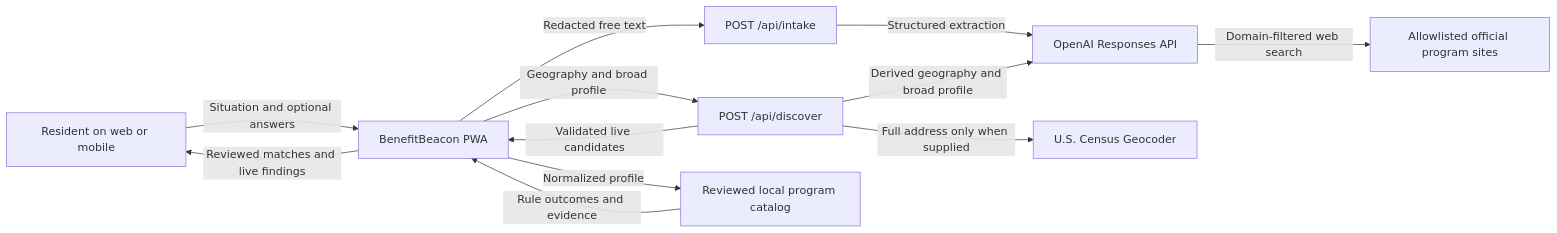
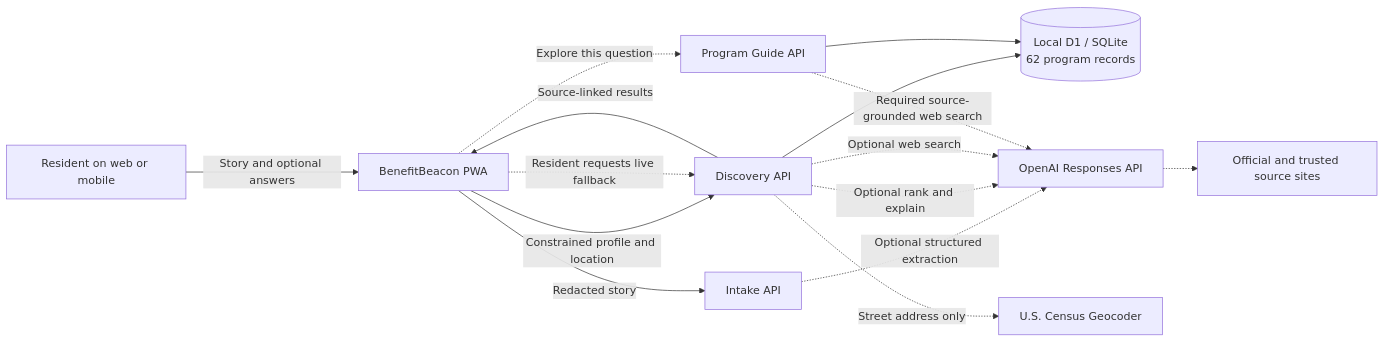
One commit to arjunsurendra/BenefitBeacon changed the first of 8 diagrams in ARCHITECTURE_AND_TECHNICAL_DESIGN.md. Above: the diagram before and after it, drawn with Mermaid. The commit also changed other lines of this file and 110 other files, not shown here.

````diff
--- a/ARCHITECTURE_AND_TECHNICAL_DESIGN.md
+++ b/ARCHITECTURE_AND_TECHNICAL_DESIGN.md
@@ -19,23 +22,27 @@
 ```mermaid
 flowchart LR
     Resident["Resident on web or mobile"]
     App["BenefitBeacon PWA"]
-    IntakeAPI["POST /api/intake"]
-    DiscoveryAPI["POST /api/discover"]
+    Intake["Intake API"]
+    Discover["Discovery API"]
+    Guide["Program Guide API"]
+    DB[("Local D1 / SQLite\n62 program records")]
     OpenAI["OpenAI Responses API"]
     Census["U.S. Census Geocoder"]
-    Sources["Allowlisted official program sites"]
-    Catalog["Reviewed local program catalog"]
+    Sources["Official and trusted source sites"]
 
-    Resident -->|"Situation and optional answers"| App
-    App -->|"Redacted free text"| IntakeAPI
-    IntakeAPI -->|"Structured extraction"| OpenAI
-    App -->|"Normalized profile"| Catalog
-    App -->|"Geography and broad profile"| DiscoveryAPI
-    DiscoveryAPI -->|"Full address only when supplied"| Census
-    DiscoveryAPI -->|"Derived geography and broad profile"| OpenAI
-    OpenAI -->|"Domain-filtered web search"| Sources
-    Catalog -->|"Rule outcomes and evidence"| App
-    DiscoveryAPI -->|"Validated live candidates"| App
-    App -->|"Reviewed matches and live findings"| Resident
+    Resident -->|"Story and optional answers"| App
+    App -->|"Redacted story"| Intake
+    Intake -. "Optional structured extraction" .-> OpenAI
+    App -->|"Constrained profile and location"| Discover
+    Discover --> DB
+    Discover -. "Optional rank and explain" .-> OpenAI
+    Discover -. "Street address only" .-> Census
+    App -. "Resident requests live fallback" .-> Discover
+    Discover -. "Optional web search" .-> OpenAI
+    App -. "Explore this question" .-> Guide
+    Guide --> DB
+    Guide -. "Required source-grounded web search" .-> OpenAI
+    OpenAI -.-> Sources
+    Discover -->|"Source-linked results"| App
 ```
````
